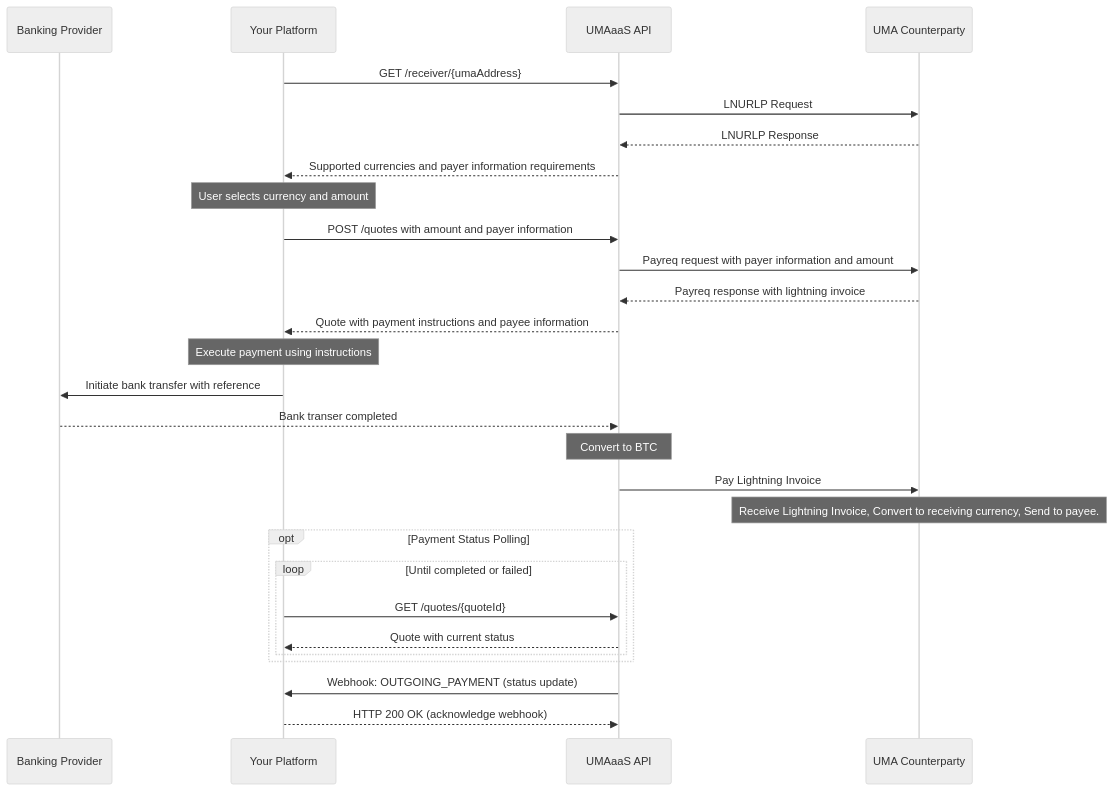
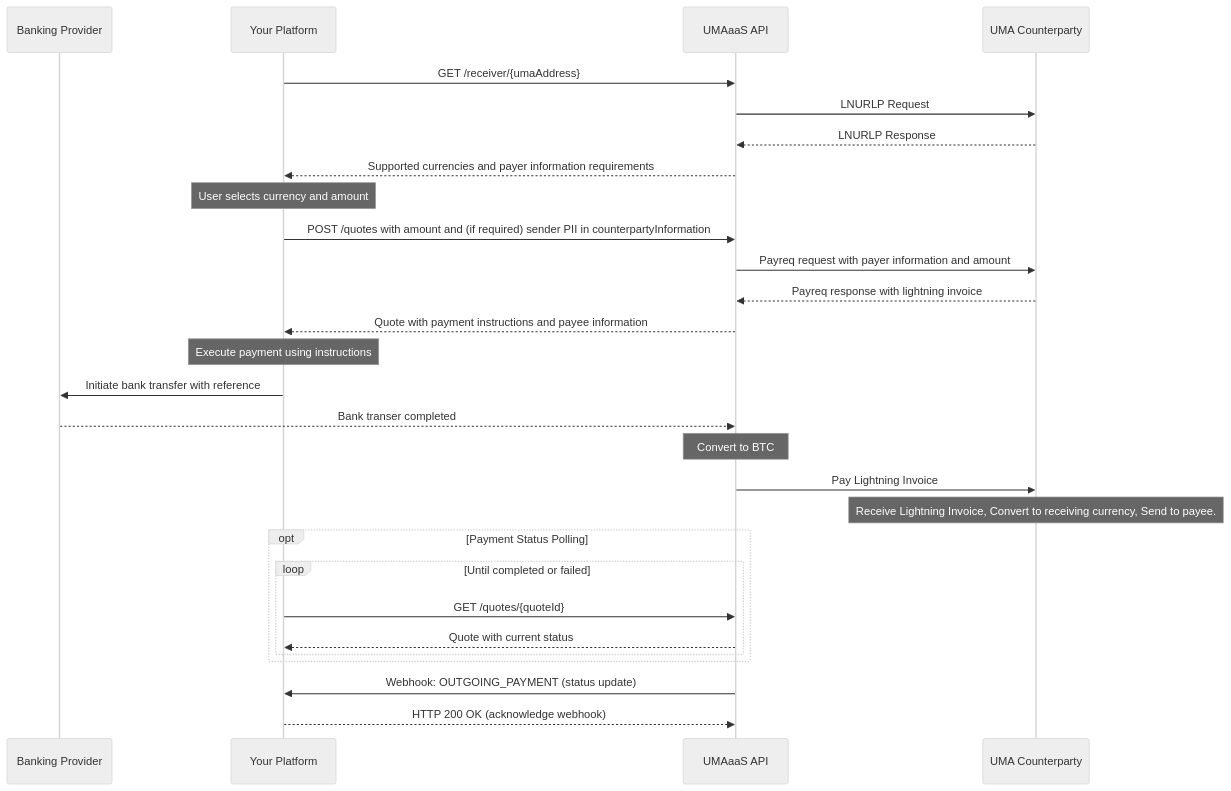
Before and after one commit to lightsparkdev/umaaas-api: the second of 2 diagrams in docusaurus-docs/docs/sending-payments.md, drawn with Mermaid (neutral theme). The commit also changed other lines of this file and 33 other files, not shown here.

Commit message:
Add a flow which avoids requiring PII for users at creation time.

````diff
--- a/docusaurus-docs/docs/sending-payments.md
+++ b/docusaurus-docs/docs/sending-payments.md
@@ -258,33 +265,33 @@
 ```mermaid
 sequenceDiagram
     participant Bank as Banking Provider
     participant Client as Your Platform
     participant UMAaaS as UMAaaS API
     participant Counterparty as UMA Counterparty
     
     Client->>UMAaaS: GET /receiver/{umaAddress}
     UMAaaS->>Counterparty: LNURLP Request
     Counterparty-->>UMAaaS: LNURLP Response
     UMAaaS-->>Client: Supported currencies and payer information requirements
     Note over Client: User selects currency and amount
-    Client->>UMAaaS: POST /quotes with amount and payer information
+    Client->>UMAaaS: POST /quotes with amount and (if required) sender PII in counterpartyInformation
     UMAaaS->>Counterparty: Payreq request with payer information and amount
     Counterparty-->>UMAaaS: Payreq response with lightning invoice
     UMAaaS-->>Client: Quote with payment instructions and payee information
     Note over Client: Execute payment using instructions
     Client->>Bank: Initiate bank transfer with reference
     Bank-->>UMAaaS: Bank transer completed
     Note over UMAaaS: Convert to BTC
     UMAaaS->>Counterparty: Pay Lightning Invoice
     Note over Counterparty: Receive Lightning Invoice, Convert to receiving currency, Send to payee.
     
     opt Payment Status Polling
         loop Until completed or failed
             Client->>UMAaaS: GET /quotes/{quoteId}
             UMAaaS-->>Client: Quote with current status
         end
     end
     
     UMAaaS->>Client: Webhook: OUTGOING_PAYMENT (status update)
     Client-->>UMAaaS: HTTP 200 OK (acknowledge webhook)
 ```
````
